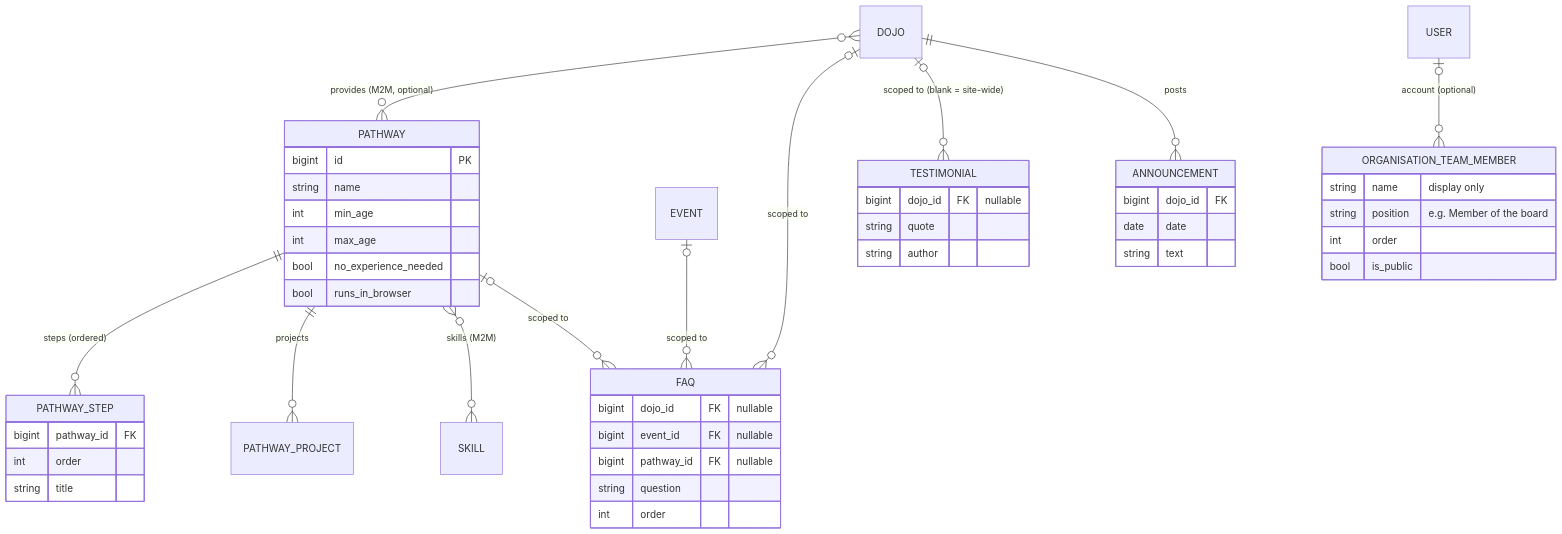
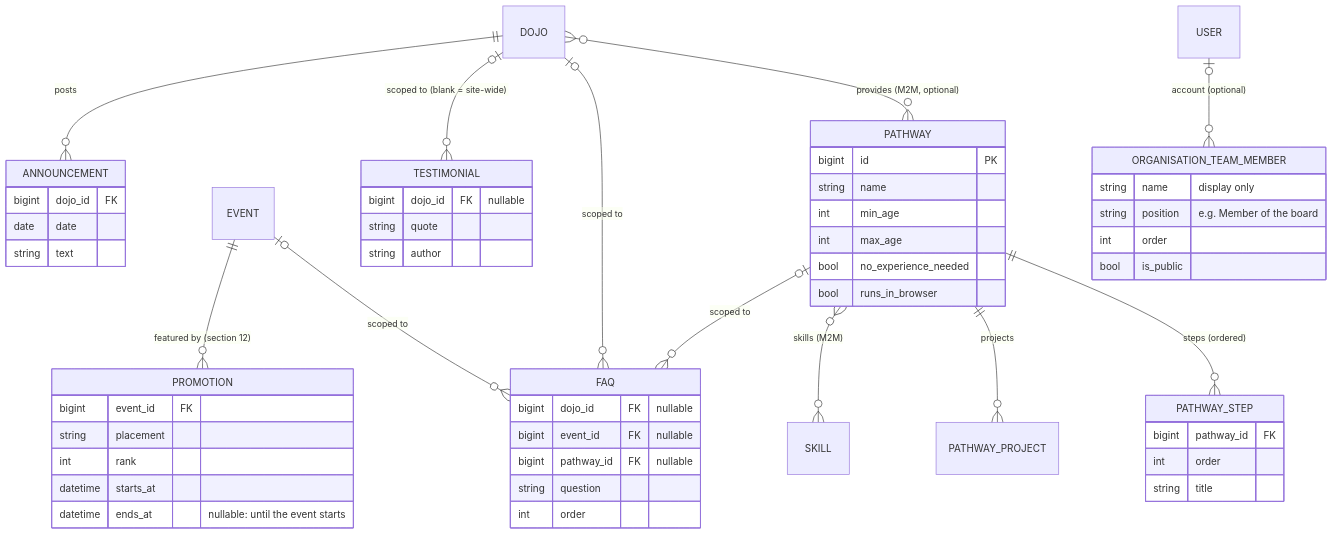
Before and after one commit to DoublG/coderdojo-event-registration: diagram 12 of 26 in DATA_MODEL.md, drawn with Mermaid. The commit also changed other lines of this file and 53 other files, not shown here.

````diff
--- a/DATA_MODEL.md
+++ b/DATA_MODEL.md
@@ -551,50 +553,58 @@
 ```mermaid
 erDiagram
     PATHWAY ||--o{ PATHWAY_STEP : "steps (ordered)"
     PATHWAY ||--o{ PATHWAY_PROJECT : "projects"
     PATHWAY }o--o{ SKILL : "skills (M2M)"
     DOJO }o--o{ PATHWAY : "provides (M2M, optional)"
     DOJO |o--o{ FAQ : "scoped to"
     EVENT |o--o{ FAQ : "scoped to"
     PATHWAY |o--o{ FAQ : "scoped to"
     DOJO |o--o{ TESTIMONIAL : "scoped to (blank = site-wide)"
     DOJO ||--o{ ANNOUNCEMENT : "posts"
+    EVENT ||--o{ PROMOTION : "featured by (section 12)"
     USER |o--o{ ORGANISATION_TEAM_MEMBER : "account (optional)"
 
     PATHWAY {
         bigint id PK
         string name
         int min_age
         int max_age
         bool no_experience_needed
         bool runs_in_browser
     }
     PATHWAY_STEP {
         bigint pathway_id FK
         int order
         string title
     }
     FAQ {
         bigint dojo_id FK "nullable"
         bigint event_id FK "nullable"
         bigint pathway_id FK "nullable"
         string question
         int order
     }
     TESTIMONIAL {
         bigint dojo_id FK "nullable"
         string quote
         string author
     }
     ORGANISATION_TEAM_MEMBER {
         string name "display only"
         string position "e.g. Member of the board"
         int order
         bool is_public
     }
     ANNOUNCEMENT {
         bigint dojo_id FK
         date date
         string text
     }
+    PROMOTION {
+        bigint event_id FK
+        string placement
+        int rank
+        datetime starts_at
+        datetime ends_at "nullable: until the event starts"
+    }
 ```
````
